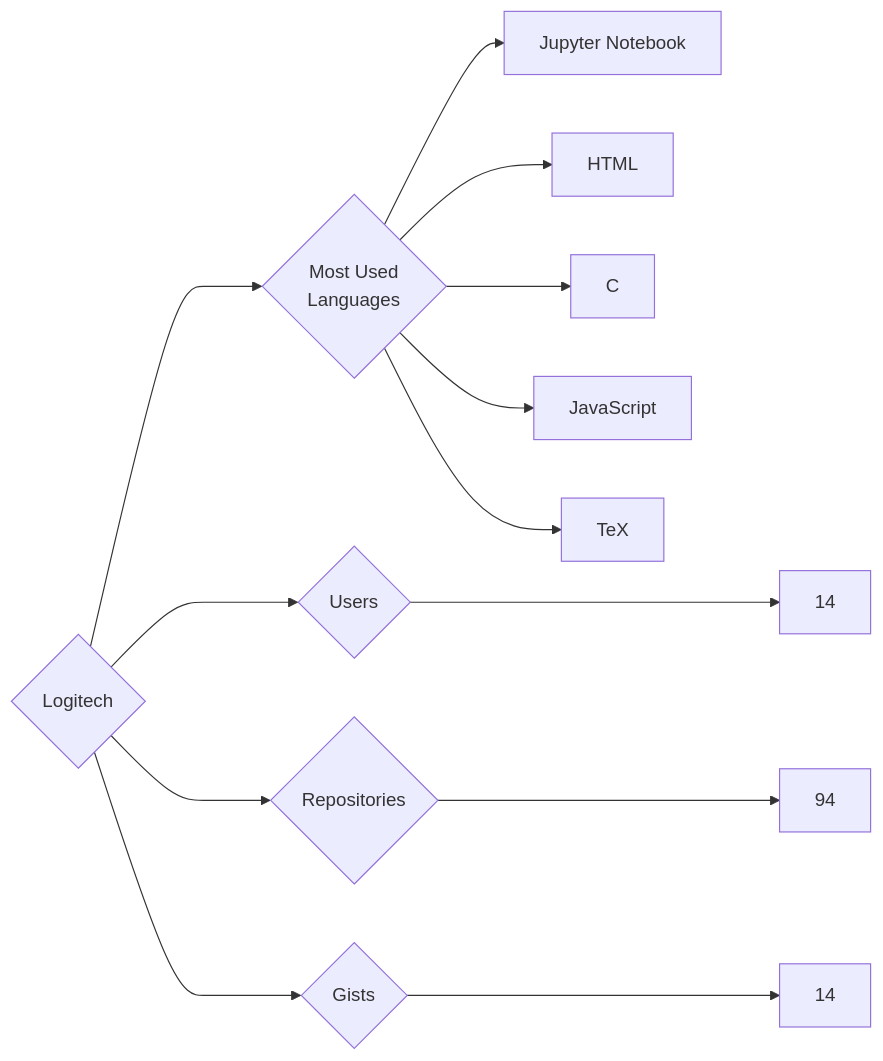
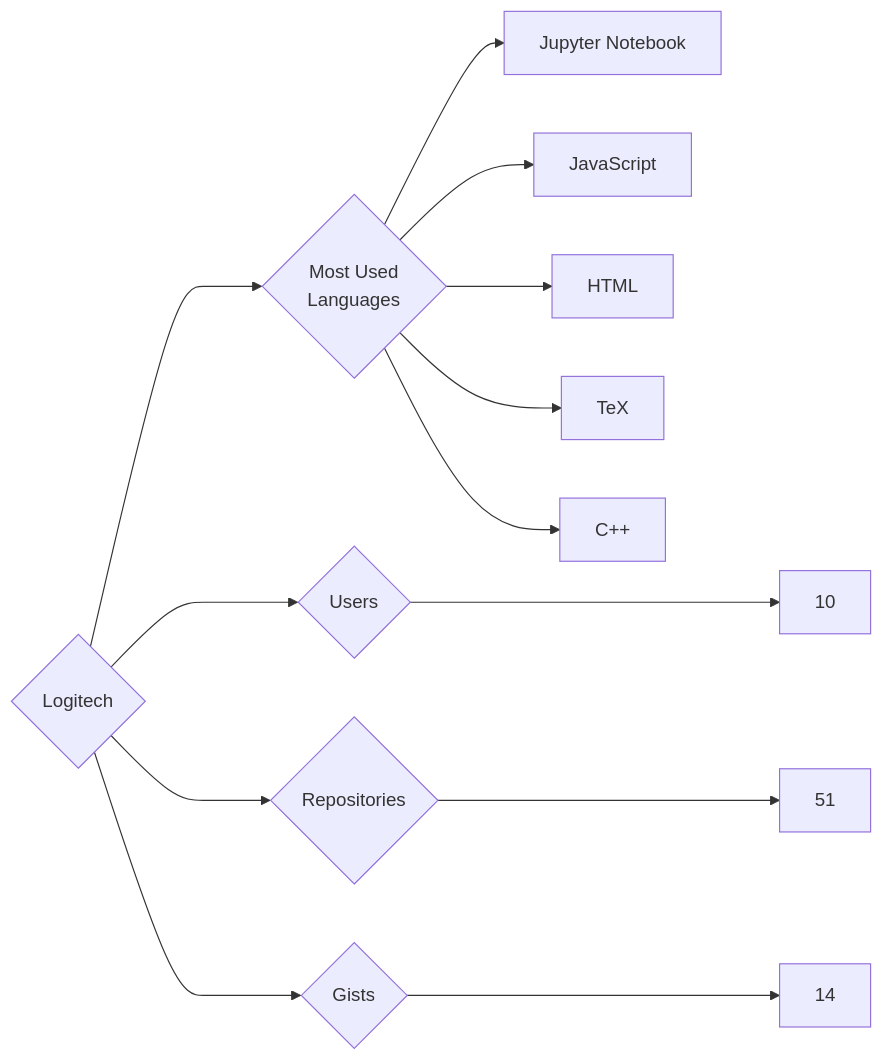
The diagram in targets/Logitech/README.md (trickest/insiders), drawn with Mermaid before and after one commit. The commit also changed 951 other files, not shown here.

````diff
--- a/targets/Logitech/README.md
+++ b/targets/Logitech/README.md
@@ -3,13 +3,13 @@
 ```mermaid
 graph LR
 COMPANY_NAME{Logitech}
-COMPANY_NAME ---> U{Users} ---> UN[14]
-COMPANY_NAME ---> R{Repositories} ---> RN[94]
+COMPANY_NAME ---> U{Users} ---> UN[10]
+COMPANY_NAME ---> R{Repositories} ---> RN[51]
 COMPANY_NAME ---> G{Gists} ---> GN[14]
 COMPANY_NAME ---> ML{Most Used<br>Languages}
 ML --> Jupyter_Notebook[Jupyter Notebook]
+ML --> JavaScript[JavaScript]
 ML --> HTML[HTML]
-ML --> C[C]
-ML --> JavaScript[JavaScript]
 ML --> TeX[TeX]
+ML --> C++[C++]
 ```
````
